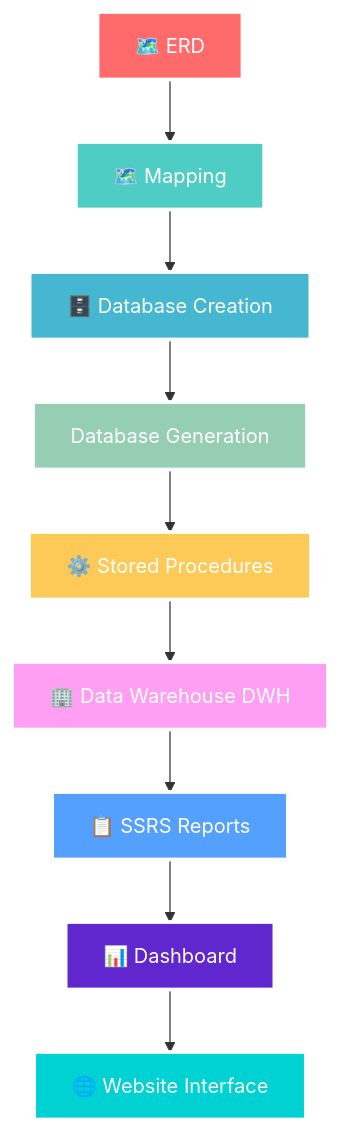
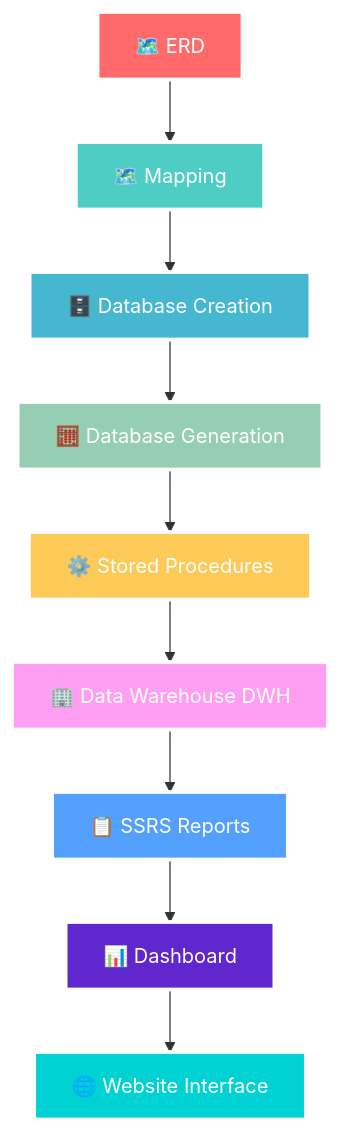
Before and after one commit to ZiadSharaf/ITI-Examination-System: the diagram in README.md, drawn with Mermaid. The commit also changed other lines of this file, not shown here.

````diff
--- a/README.md
+++ b/README.md
@@ -70,21 +68,21 @@
 ```mermaid
 graph TB
     A[🗺️ ERD] --> B[🗺️ Mapping]
     B --> C[🗄️ Database Creation]
-    C --> D[Database Generation]
+    C --> D[🧮 Database Generation]
     D --> E[⚙️ Stored Procedures]
     E --> F[🏢 Data Warehouse DWH]
     F --> G[📋 SSRS Reports]
     G --> H[📊 Dashboard]
     H --> I[🌐 Website Interface]
     
     style A fill:#ff6b6b,stroke:#fff,stroke-width:3px,color:#fff
     style B fill:#4ecdc4,stroke:#fff,stroke-width:3px,color:#fff
     style C fill:#45b7d1,stroke:#fff,stroke-width:3px,color:#fff
     style D fill:#96ceb4,stroke:#fff,stroke-width:3px,color:#fff
     style E fill:#feca57,stroke:#fff,stroke-width:3px,color:#fff
     style F fill:#ff9ff3,stroke:#fff,stroke-width:3px,color:#fff
     style G fill:#54a0ff,stroke:#fff,stroke-width:3px,color:#fff
     style H fill:#5f27cd,stroke:#fff,stroke-width:3px,color:#fff
     style I fill:#00d2d3,stroke:#fff,stroke-width:3px,color:#fff
 ```
````
